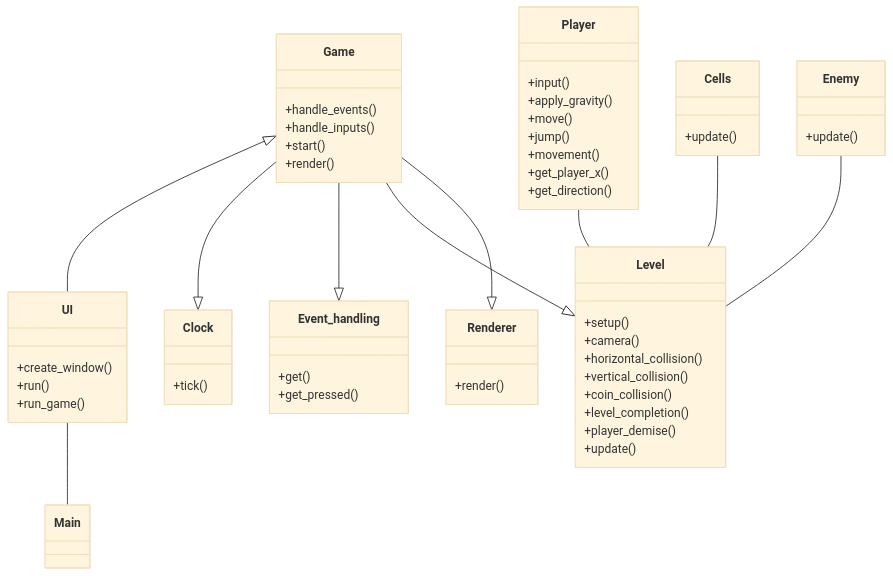
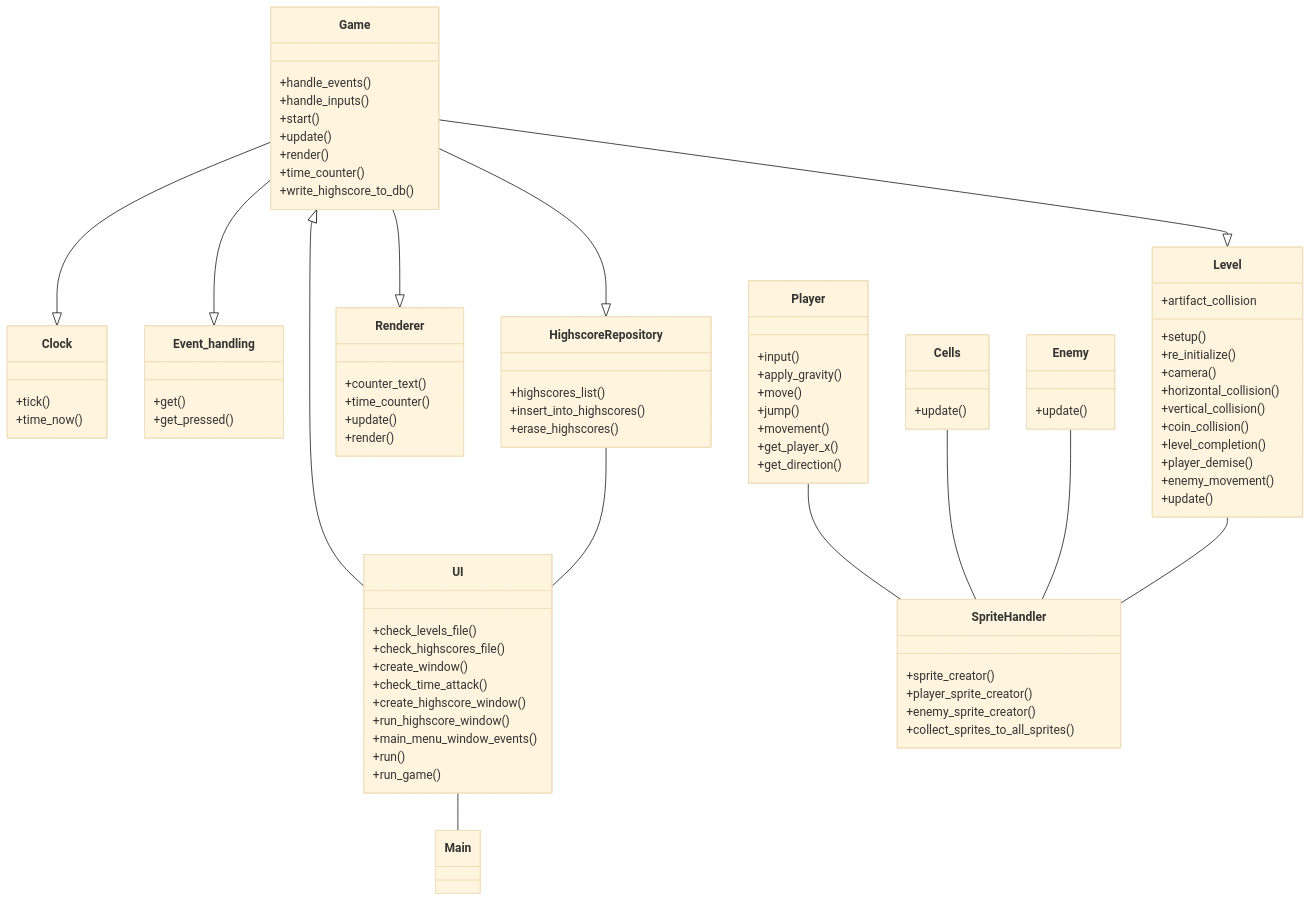
One commit to JuhoSiitonen/ot-harjoitustyo changed the diagram in documentation/arkkitehtuurikuvaus.md. Above: the diagram before and after it, drawn with Mermaid (base theme). The commit also changed other lines of this file and 5 other files, not shown here.

````diff
--- a/documentation/arkkitehtuurikuvaus.md
+++ b/documentation/arkkitehtuurikuvaus.md
@@ -10,9 +49,12 @@
     Game --|> Event_handling
     Game --|> Level
     Game --|> Renderer
-    Player -- Level
-    Cells -- Level
-    Enemy -- Level
+    Game --|> HighscoreRepository
+    Player -- SpriteHandler
+    Cells -- SpriteHandler
+    Enemy -- SpriteHandler
+    Level -- SpriteHandler
+    HighscoreRepository -- UI
     UI -- Main
 
     class Player{
@@ -26,15 +68,21 @@
     }
     class Level{
         +setup()
+        +re_initialize()
         +camera()
         +horizontal_collision()
         +vertical_collision()
         +coin_collision()
+        +artifact_collision
         +level_completion()
         +player_demise()
+        +enemy_movement()
         +update()
     }
     class Renderer{
+        +counter_text()
+        +time_counter()
+        +update()
         +render()
     }
     class Event_handling{
@@ -43,6 +91,7 @@
     }
     class Clock{
         +tick()
+        +time_now()
     }
     class Cells{
         +update()
@@ -51,15 +100,35 @@
         +handle_events()
         +handle_inputs()
         +start()
+        +update()
         +render()
+        +time_counter()
+        +write_highscore_to_db()
     }
     class UI{
+        +check_levels_file()
+        +check_highscores_file()
         +create_window()
+        +check_time_attack()
+        +create_highscore_window()
+        +run_highscore_window()
+        +main_menu_window_events()
         +run()
         +run_game()
     }
     class Enemy{
         +update()
     }
+    class SpriteHandler{
+        +sprite_creator()
+        +player_sprite_creator()
+        +enemy_sprite_creator()
+        +collect_sprites_to_all_sprites()
+    }
+    class HighscoreRepository{
+        +highscores_list()
+        +insert_into_highscores()
+        +erase_highscores()
+    }
 
 ```
````
